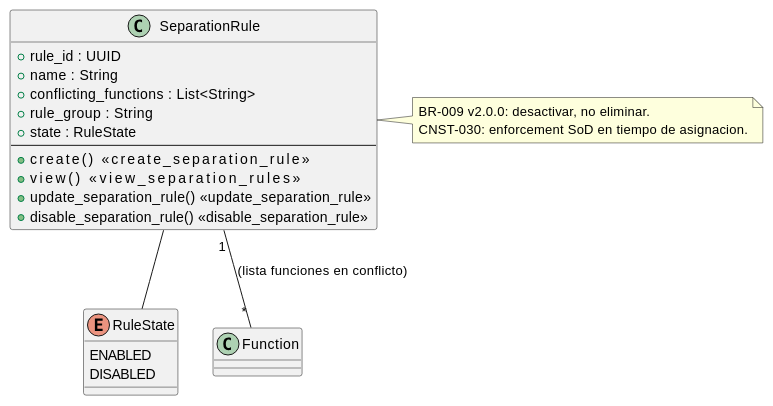
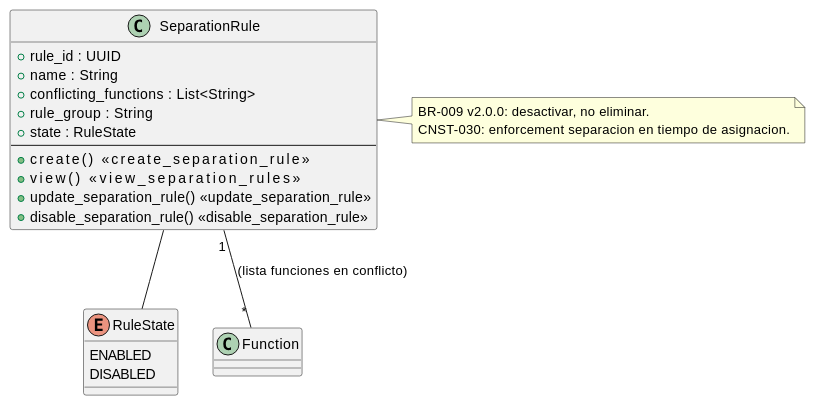
One commit to jcg-admin/IACT-docs changed the diagram in source/arquitectura-tecnica/domain-model/separation-rule.rst. Above: the diagram before and after it, drawn with PlantUML. The commit also changed other lines of this file and 9 other files, not shown here.

```diff
--- a/source/arquitectura-tecnica/domain-model/separation-rule.rst
+++ b/source/arquitectura-tecnica/domain-model/separation-rule.rst
@@ -24,33 +24,33 @@
 .. uml::
- :caption: Clase SeparationRule — regla de separacion de funciones (SoD).
+ :caption: Clase SeparationRule — regla de separacion de funciones (separation of duties).
 
  @startuml
 
  class SeparationRule {
    + rule_id : UUID
    + name : String
    + conflicting_functions : List<String>
    + rule_group : String
    + state : RuleState
    --
    + create()                  <<create_separation_rule>>
    + view()                    <<view_separation_rules>>
    + update_separation_rule()  <<update_separation_rule>>
    + disable_separation_rule() <<disable_separation_rule>>
  }
 
  enum RuleState {
    ENABLED
    DISABLED
  }
 
 
  SeparationRule -- RuleState
  SeparationRule "1" -- "*" Function : (lista funciones en conflicto)
 
  note right of SeparationRule
    BR-009 v2.0.0: desactivar, no eliminar.
-   CNST-030: enforcement SoD en tiempo de asignacion.
+   CNST-030: enforcement separacion en tiempo de asignacion.
  end note
 
  @enduml
```
